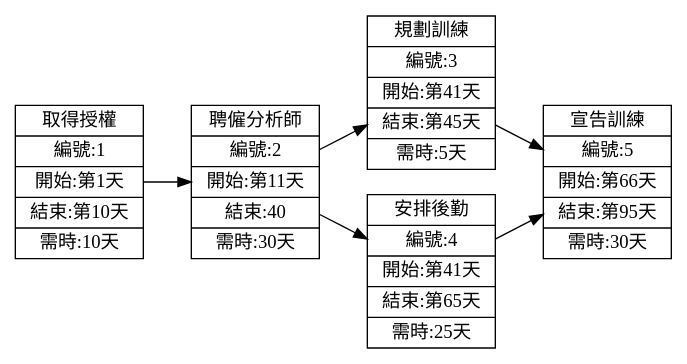
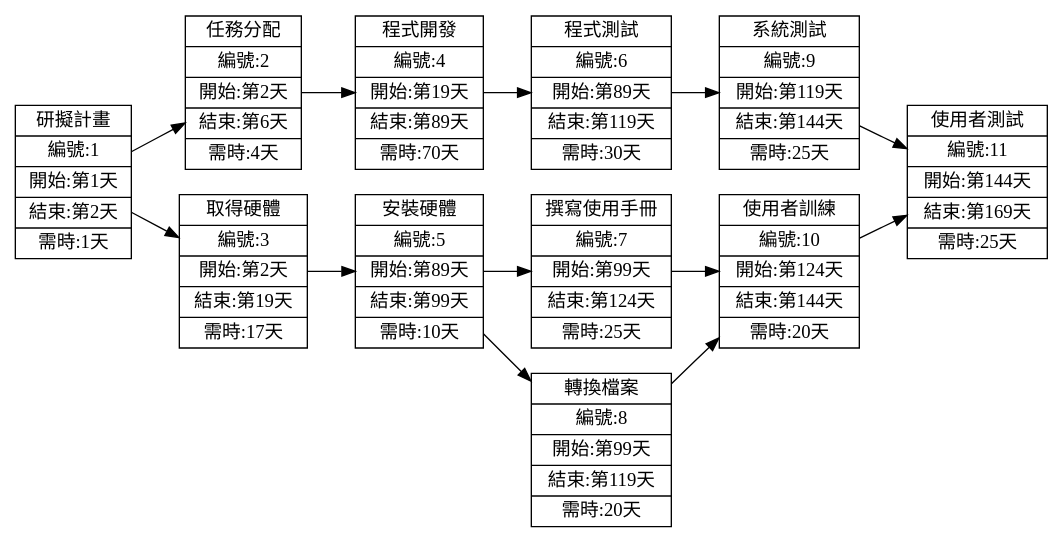
The second of 2 diagrams in hw2.md (C109118214/2022-3b), drawn with Graphviz before and after one commit. The commit also changed other lines of this file, not shown here.

````diff
--- a/hw2.md
+++ b/hw2.md
@@ -15,17 +15,31 @@
 ```graphviz
 digraph {
 	node[shape=record];
 	rankdir="LR";
-    no1 [label = "取得授權 | 編號:1 | 開始:第1天 | 結束:第10天 | 需時:10天"]
-    no2 [label = "聘僱分析師 | 編號:2 | 開始:第11天 | 結束:40 | 需時:30天"]
+    no1 [label = "研擬計畫 | 編號:1 | 開始:第1天 | 結束:第2天 | 需時:1天"]
+    no2 [label = "任務分配 | 編號:2 | 開始:第2天 | 結束:第6天 | 需時:4天"]
+    no3 [label = "取得硬體 | 編號:3 | 開始:第2天 | 結束:第19天 | 需時:17天"]
+    no4 [label = "程式開發 | 編號:4 | 開始:第19天 | 結束:第89天 | 需時:70天"]
+    {rank=same;no3 no2}
+    no5 [label = "安裝硬體 | 編號:5 | 開始:第89天 | 結束:第99天 | 需時:10天"]
+    no6 [label = "程式測試 | 編號:6 | 開始:第89天 | 結束:第119天 | 需時:30天"]
+    no7 [label = "撰寫使用手冊 | 編號:7 | 開始:第99天 | 結束:第124天 | 需時:25天"]
+    no8 [label = "轉換檔案 | 編號:8 | 開始:第99天 | 結束:第119天 | 需時:20天"]
+    no9 [label = "系統測試 | 編號:9 | 開始:第119天 | 結束:第144天 | 需時:25天"]
+    no10 [label = "使用者訓練 | 編號:10 | 開始:第124天 | 結束:第144天 | 需時:20天"]
+    no11 [label = "使用者測試 | 編號:11 | 開始:第144天 | 結束:第169天 | 需時:25天"]
     no1->no2
-    no3 [label = "規劃訓練 | 編號:3 | 開始:第41天 | 結束:第45天 | 需時:5天"]
-    no4 [label = "安排後勤 | 編號:4 | 開始:第41天 | 結束:第65天 | 需時:25天"]
-    {rank=same;no3 no4}
-    no2->no3
+    no1->no3
     no2->no4
-    no5 [label = "宣告訓練 | 編號:5 | 開始:第66天 | 結束:第95天 | 需時:30天"]
     no3->no5
-    no4->no5
+    no4->no6
+    no5->no7
+    no5->no8
+    no6->no9
+    no7->no10
+    no8->no10
+    no9->no11
+    no10->no11
+    
 }
 ```
````
